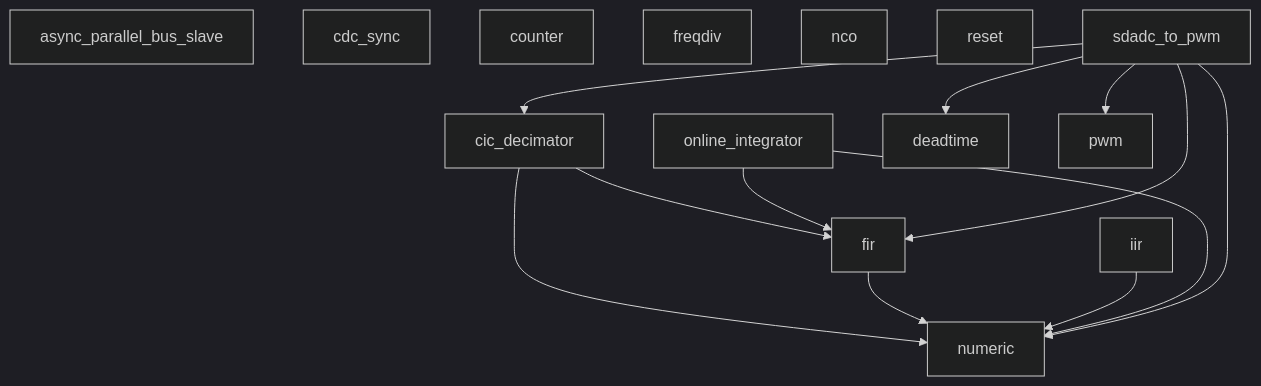
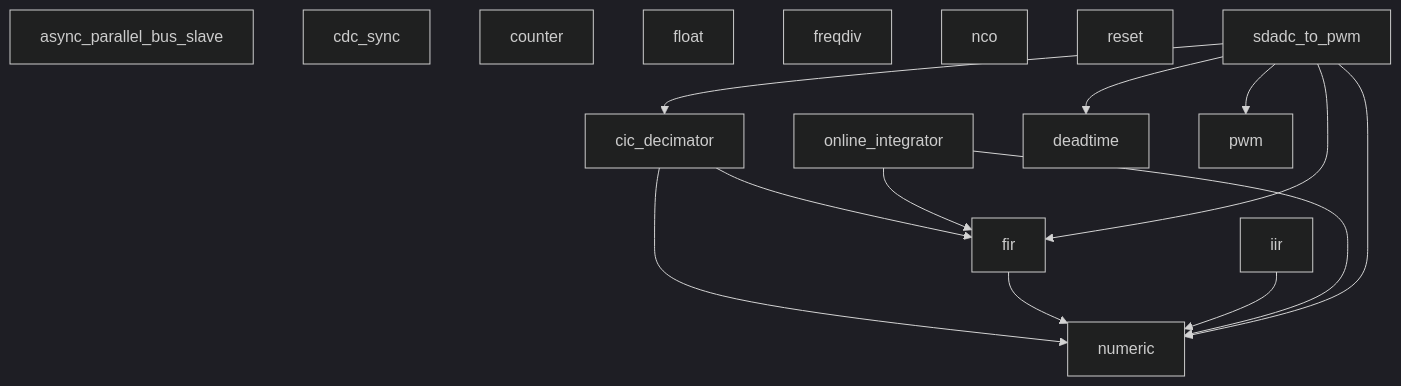
One commit to Zubax/kulibin changed the diagram in README.md. Above: the diagram before and after it, drawn with Mermaid (dark theme). The commit also changed other lines of this file and 1 other file, not shown here.

````diff
--- a/README.md
+++ b/README.md
@@ -37,21 +43,22 @@
 ```mermaid
 graph TD
     %% auto-generated by hierarchy.py — do not edit
     async_parallel_bus_slave
     cdc_sync
     cic_decimator --> fir
     cic_decimator --> numeric
     counter
     fir --> numeric
+    float
     freqdiv
     iir --> numeric
     nco
     online_integrator --> fir
     online_integrator --> numeric
     reset
     sdadc_to_pwm --> cic_decimator
     sdadc_to_pwm --> deadtime
     sdadc_to_pwm --> fir
     sdadc_to_pwm --> numeric
     sdadc_to_pwm --> pwm
 ```
````
